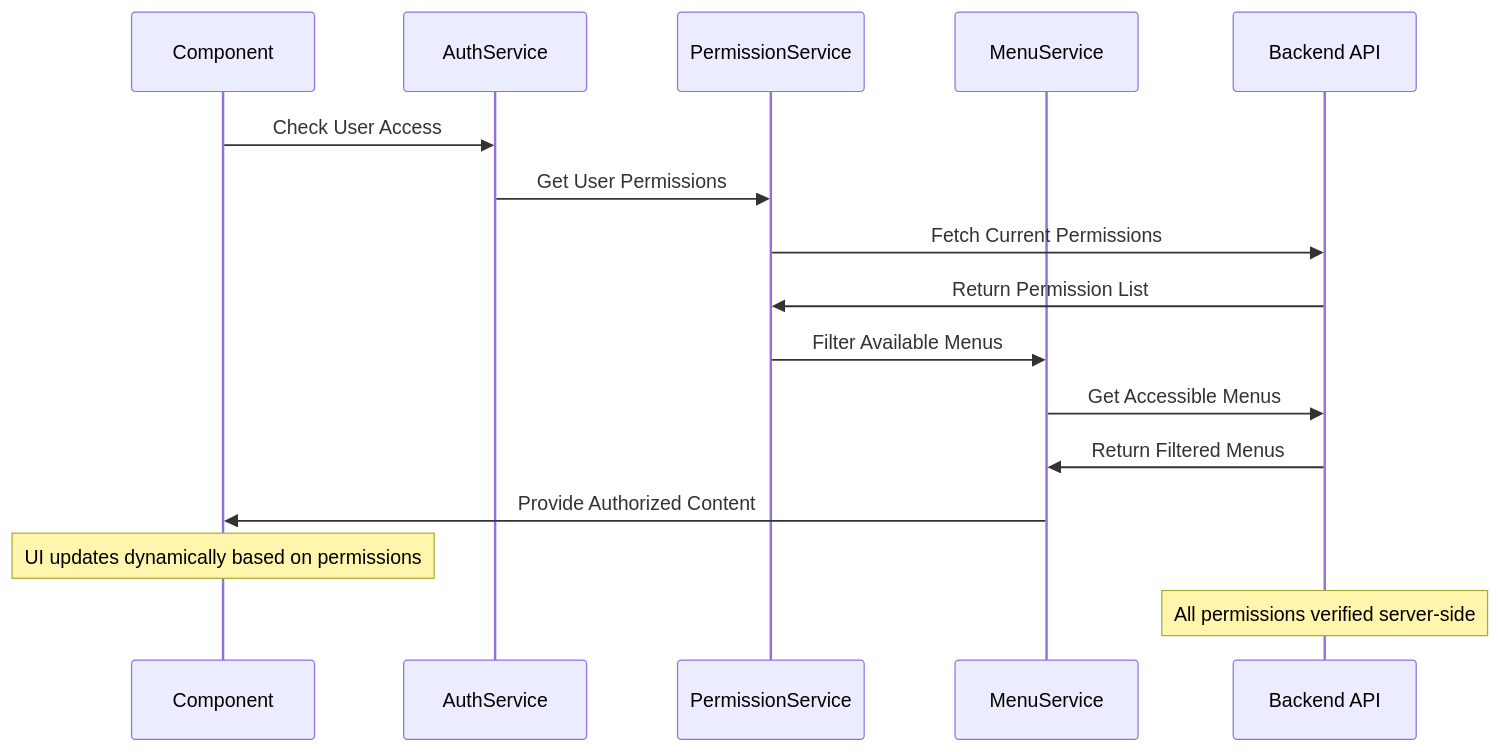
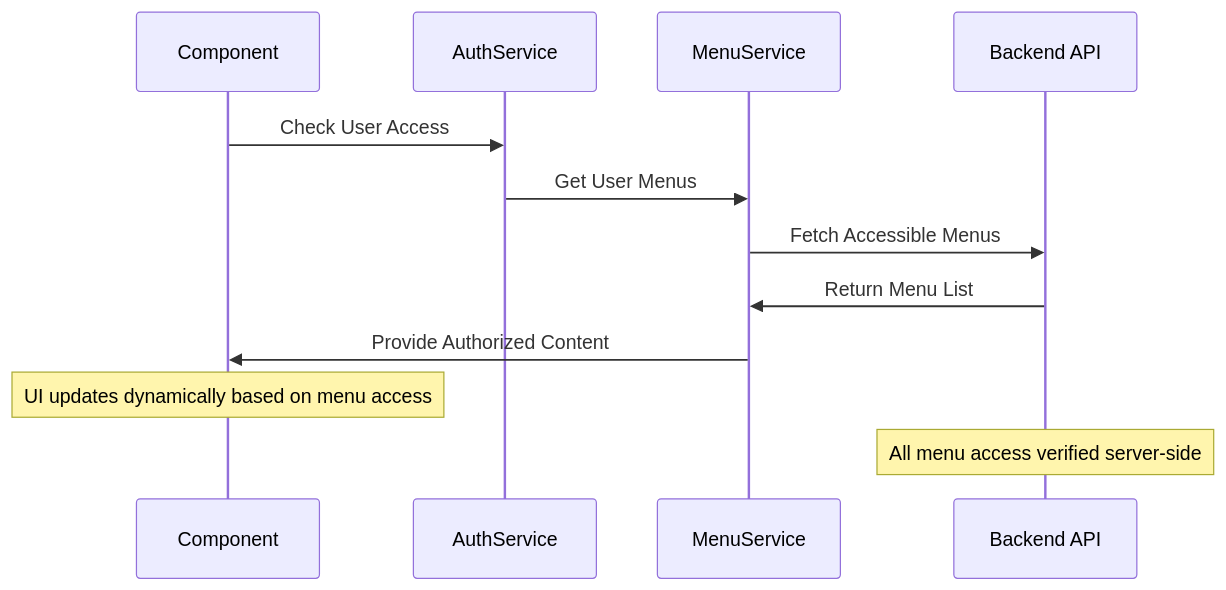
Before and after one commit to mdabdullahfaruque/StudyBridgeBD: diagram 17 of 30 in docs/ARCHITECTURE.md, drawn with Mermaid. The commit also changed other lines of this file and 40 other files, not shown here.

First line of the commit message:
feat: Simplify RBAC to Menu-Based Access Control

````diff
--- a/docs/ARCHITECTURE.md
+++ b/docs/ARCHITECTURE.md
@@ -576,20 +576,16 @@
 ```mermaid
 sequenceDiagram
     participant COMP as Component
     participant AUTH_SVC as AuthService
-    participant PERM_SVC as PermissionService
     participant MENU_SVC as MenuService
     participant API as Backend API
     
     COMP->>AUTH_SVC: Check User Access
-    AUTH_SVC->>PERM_SVC: Get User Permissions
-    PERM_SVC->>API: Fetch Current Permissions
-    API->>PERM_SVC: Return Permission List
-    PERM_SVC->>MENU_SVC: Filter Available Menus
-    MENU_SVC->>API: Get Accessible Menus
-    API->>MENU_SVC: Return Filtered Menus
+    AUTH_SVC->>MENU_SVC: Get User Menus
+    MENU_SVC->>API: Fetch Accessible Menus
+    API->>MENU_SVC: Return Menu List
     MENU_SVC->>COMP: Provide Authorized Content
     
-    Note over COMP: UI updates dynamically based on permissions
-    Note over API: All permissions verified server-side
+    Note over COMP: UI updates dynamically based on menu access
+    Note over API: All menu access verified server-side
 ```
````
